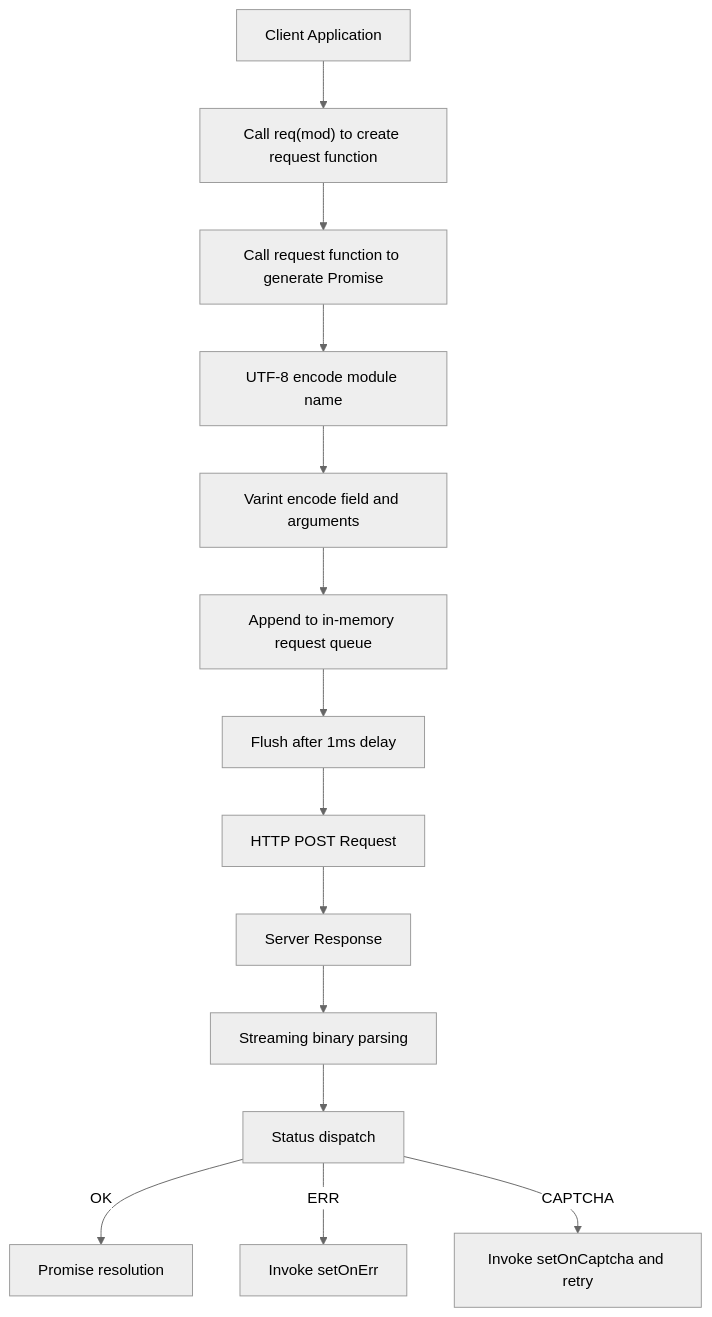
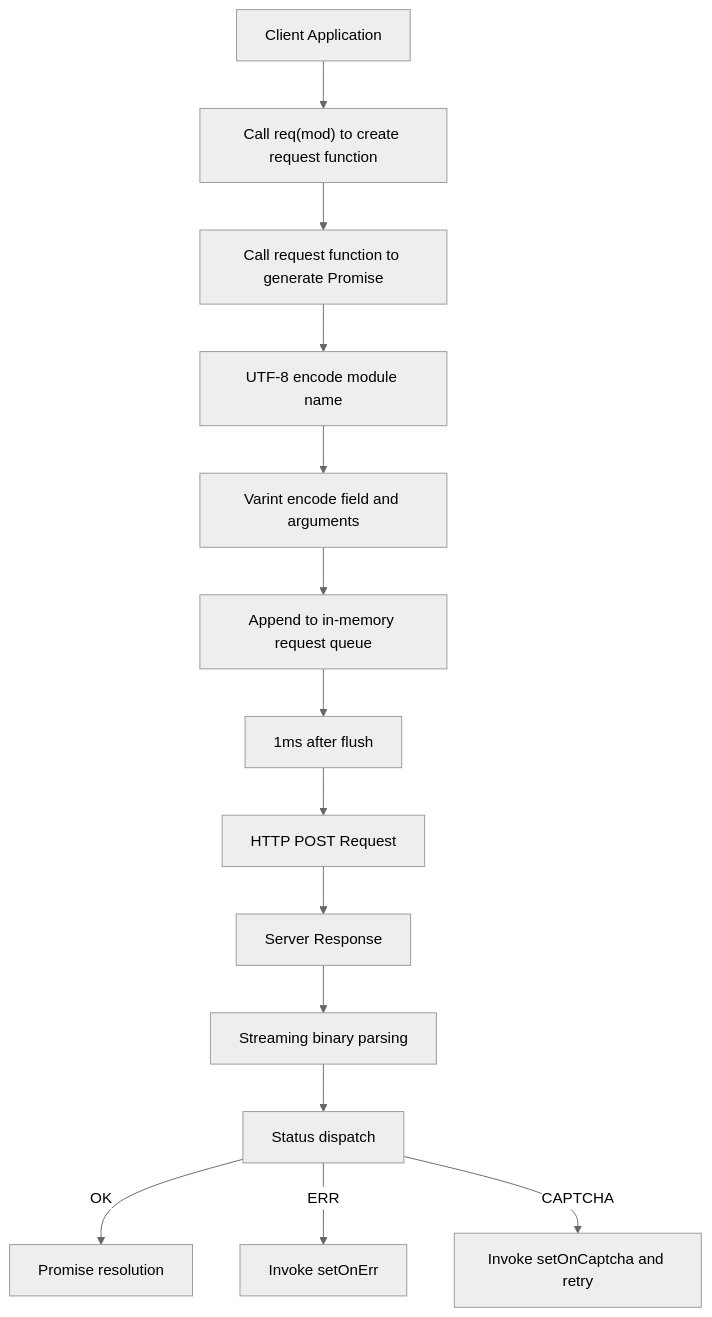
Before and after one commit to webc-site/npm: the diagram in protoapi/readme/en/README.md, drawn with Mermaid (neutral theme). The commit also changed other lines of this file and 4 other files, not shown here.

````diff
--- a/protoapi/readme/en/README.md
+++ b/protoapi/readme/en/README.md
@@ -52,16 +52,16 @@
 ```mermaid
 graph TD
   A["Client Application"] --> B["Call req(mod) to create request function"]
   B --> C["Call request function to generate Promise"]
   C --> D["UTF-8 encode module name"]
   D --> E["Varint encode field and arguments"]
   E --> F["Append to in-memory request queue"]
-  F --> G["Flush after 1ms delay"]
+  F --> G["1ms after flush"]
   G --> H["HTTP POST Request"]
   H --> I["Server Response"]
   I --> J["Streaming binary parsing"]
   J --> K["Status dispatch"]
   K -->|OK| L["Promise resolution"]
   K -->|ERR| M["Invoke setOnErr"]
   K -->|CAPTCHA| N["Invoke setOnCaptcha and retry"]
 ```
````
